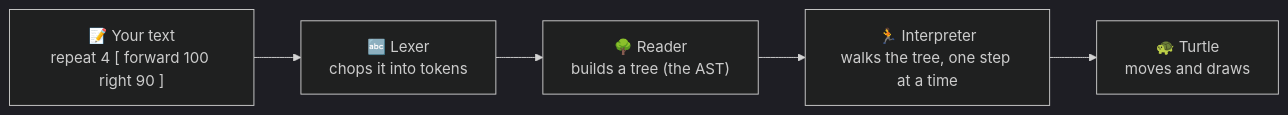
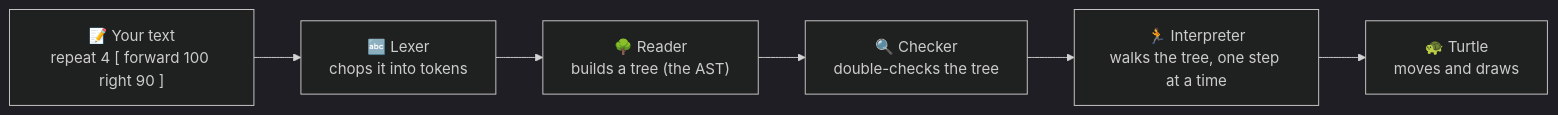
Before and after one commit to pmalarme/open-logo: the diagram in docs/learn-how-its-built/01-the-big-picture.md, drawn with Mermaid (dark theme). The commit also changed other lines of this file and 1 other file, not shown here.

````diff
--- a/docs/learn-how-its-built/01-the-big-picture.md
+++ b/docs/learn-how-its-built/01-the-big-picture.md
@@ -13,7 +12,8 @@
 ```mermaid
 flowchart LR
   A["📝 Your text<br/>repeat 4 [ forward 100 right 90 ]"] --> B["🔤 Lexer<br/>chops it into tokens"]
   B --> C["🌳 Reader<br/>builds a tree (the AST)"]
-  C --> D["🏃 Interpreter<br/>walks the tree, one step at a time"]
+  C --> F["🔍 Checker<br/>double-checks the tree"]
+  F --> D["🏃 Interpreter<br/>walks the tree, one step at a time"]
   D --> E["🐢 Turtle<br/>moves and draws"]
 ```
````
